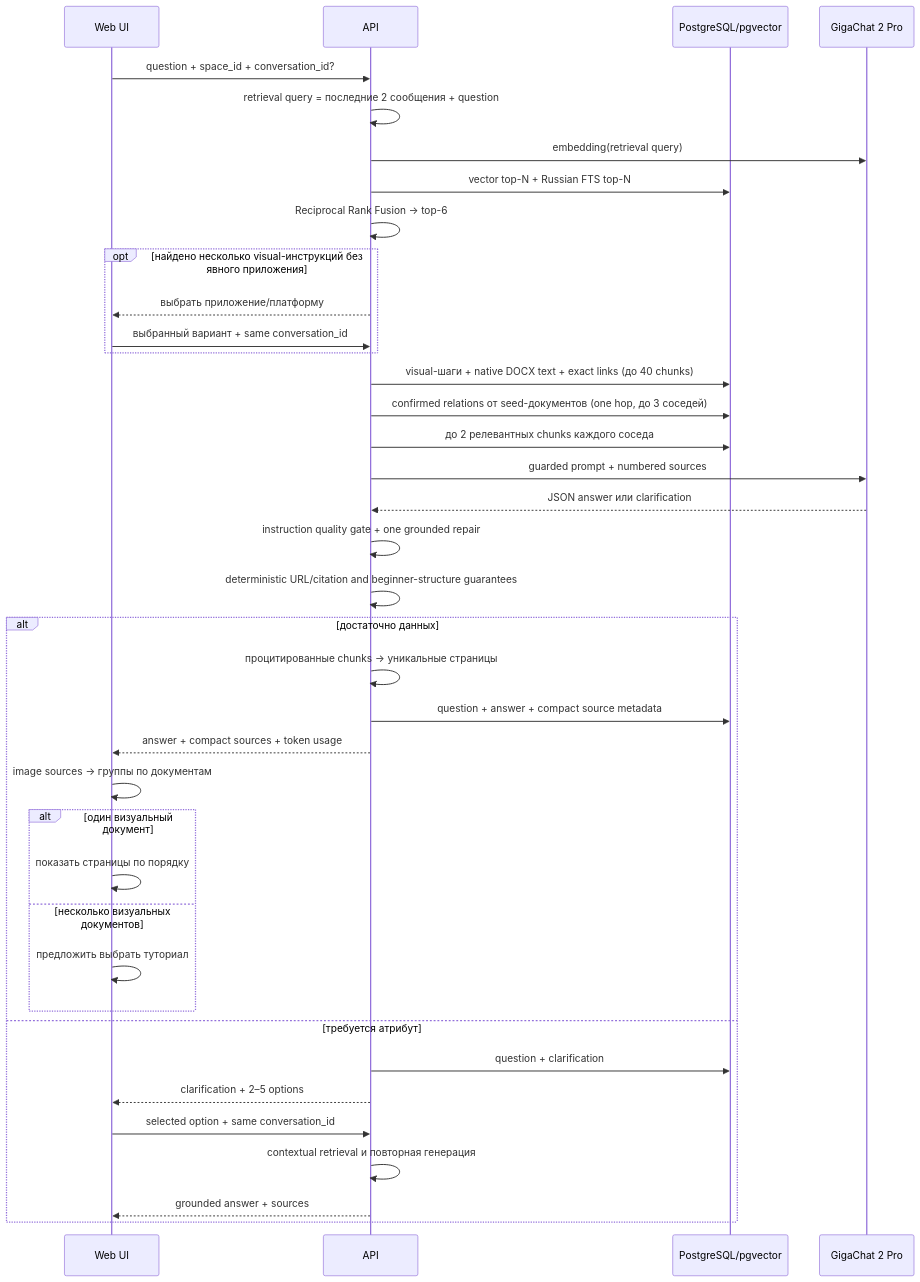
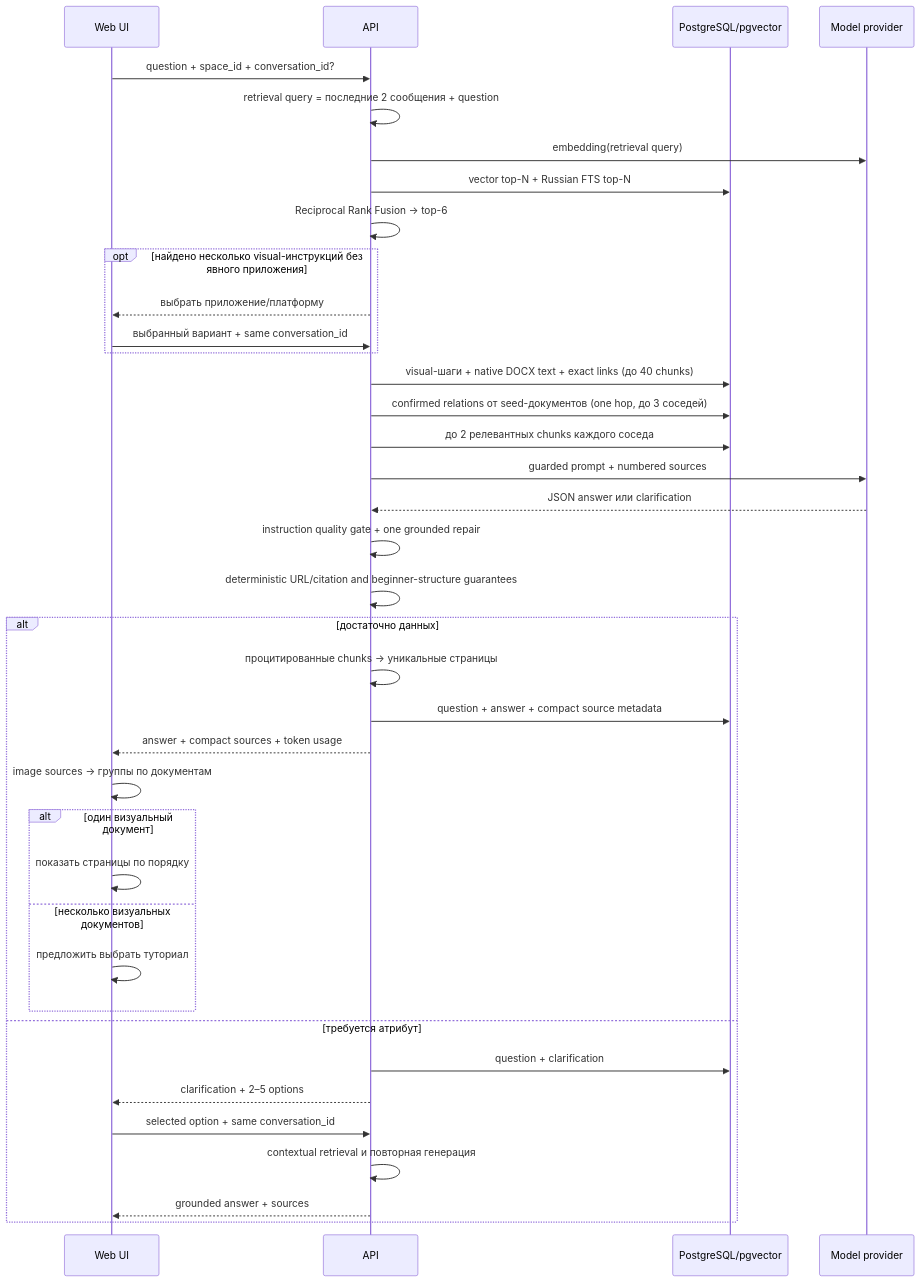
The fourth of 4 diagrams in docs/ARCHITECTURE.md (TBWTK/corporate-rag), drawn with Mermaid before and after one commit. The commit also changed other lines of this file and 22 other files, not shown here.

````diff
--- a/docs/ARCHITECTURE.md
+++ b/docs/ARCHITECTURE.md
@@ -108,40 +115,40 @@
 ```mermaid
 sequenceDiagram
   participant U as Web UI
   participant A as API
   participant D as PostgreSQL/pgvector
-  participant G as GigaChat 2 Pro
+  participant M as Model provider
   U->>A: question + space_id + conversation_id?
   A->>A: retrieval query = последние 2 сообщения + question
-  A->>G: embedding(retrieval query)
+  A->>M: embedding(retrieval query)
   A->>D: vector top-N + Russian FTS top-N
   A->>A: Reciprocal Rank Fusion → top-6
   opt найдено несколько visual-инструкций без явного приложения
     A-->>U: выбрать приложение/платформу
     U->>A: выбранный вариант + same conversation_id
   end
   A->>D: visual-шаги + native DOCX text + exact links (до 40 chunks)
   A->>D: confirmed relations от seed-документов (one hop, до 3 соседей)
   A->>D: до 2 релевантных chunks каждого соседа
-  A->>G: guarded prompt + numbered sources
-  G-->>A: JSON answer или clarification
+  A->>M: guarded prompt + numbered sources
+  M-->>A: JSON answer или clarification
   A->>A: instruction quality gate + one grounded repair
   A->>A: deterministic URL/citation and beginner-structure guarantees
   alt достаточно данных
     A->>A: процитированные chunks → уникальные страницы
     A->>D: question + answer + compact source metadata
     A-->>U: answer + compact sources + token usage
     U->>U: image sources → группы по документам
     alt один визуальный документ
       U->>U: показать страницы по порядку
     else несколько визуальных документов
       U->>U: предложить выбрать туториал
     end
   else требуется атрибут
     A->>D: question + clarification
     A-->>U: clarification + 2–5 options
     U->>A: selected option + same conversation_id
     A->>A: contextual retrieval и повторная генерация
     A-->>U: grounded answer + sources
   end
 ```
````
